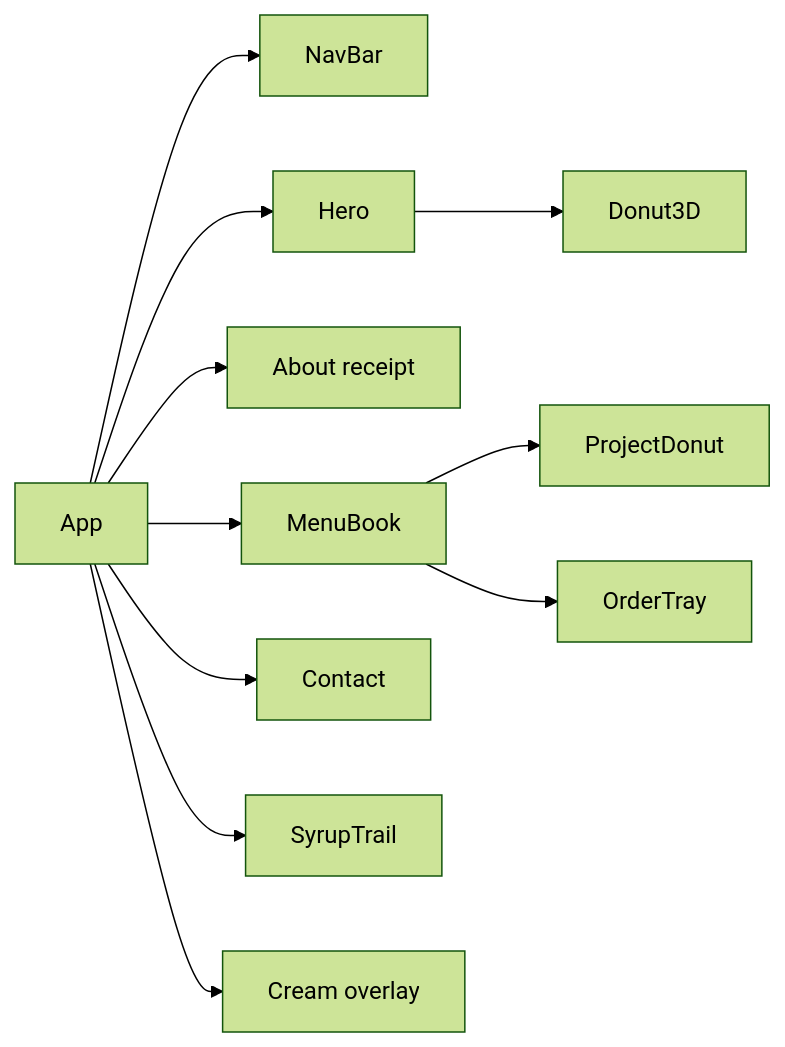
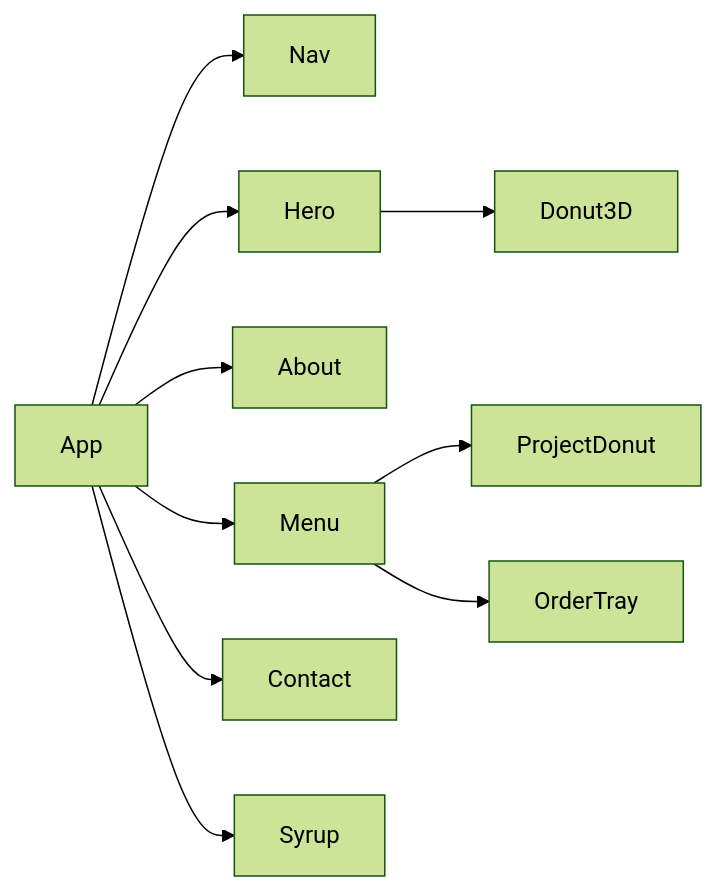
The second of 2 diagrams in README.md (amritkang165/MyDonut), drawn with Mermaid (forest theme) before and after one commit. The commit also changed other lines of this file, not shown here.

````diff
--- a/README.md
+++ b/README.md
@@ -69,13 +54,6 @@
 ```mermaid
 graph LR
-    App["App"] --> Nav["NavBar"]
-    App --> Hero["Hero"]
-    Hero --> Donut["Donut3D"]
-    App --> About["About receipt"]
-    App --> Menu["MenuBook"]
-    Menu --> Proj["ProjectDonut"]
-    Menu --> Tray["OrderTray"]
-    App --> Contact["Contact"]
-    App --> Syrup["SyrupTrail"]
-    App --> Cream["Cream overlay"]
+    App --> Nav & Hero & About & Menu & Contact & Syrup
+    Hero --> Donut3D
+    Menu --> ProjectDonut & OrderTray
 ```
````
